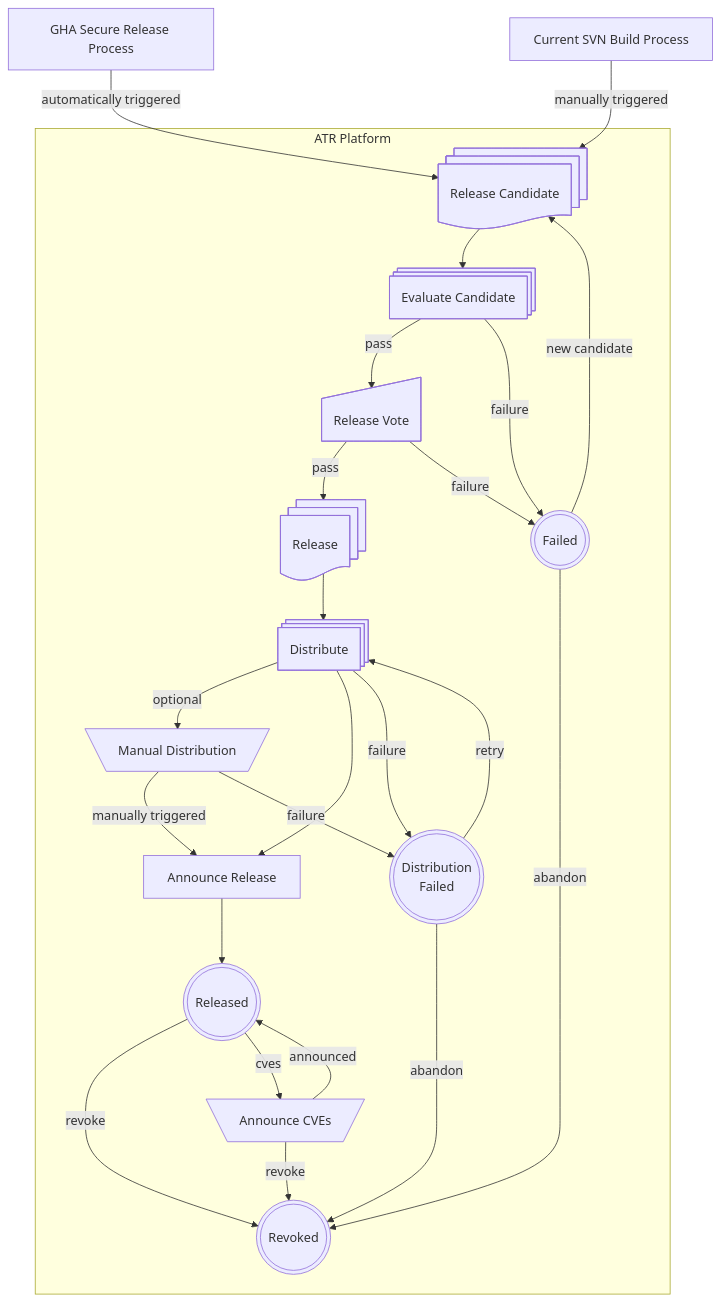
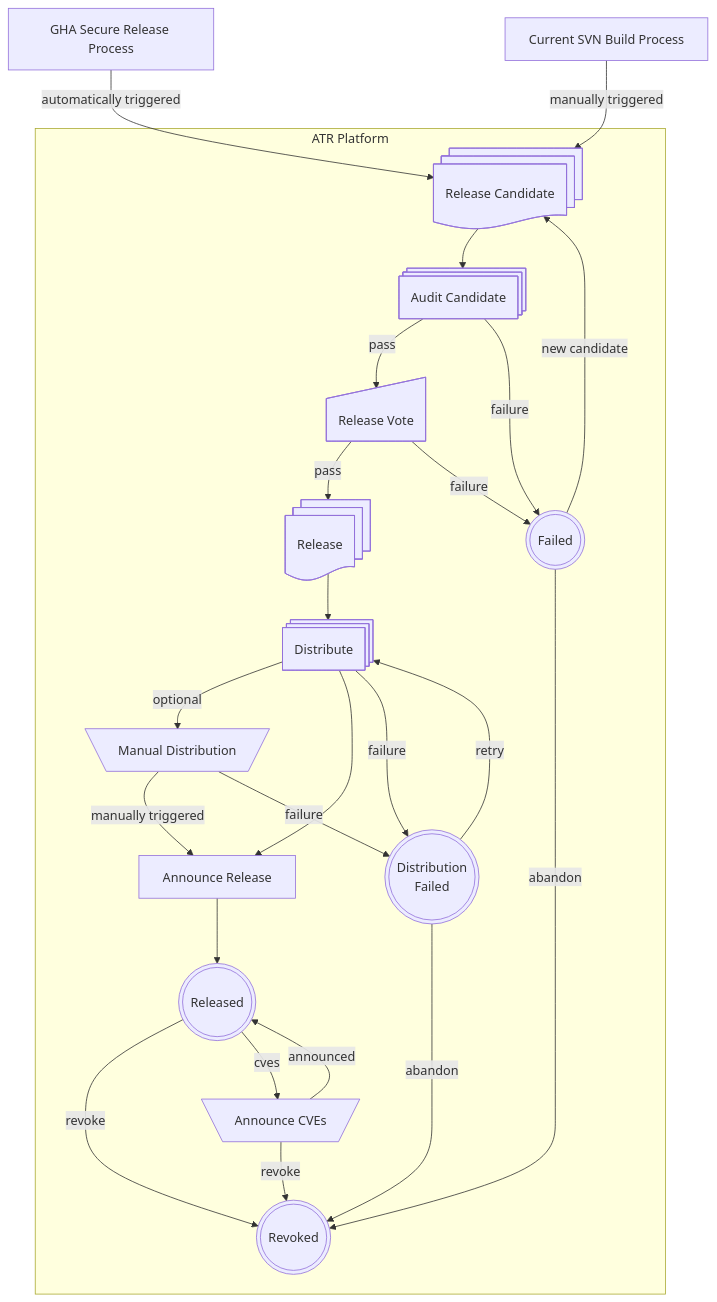
Before and after one commit to jbampton/tooling-docs: the diagram in apache-trusted-release/lifecycle.md, drawn with Mermaid.

Commit message:
Modify decscriptions

````diff
--- a/apache-trusted-release/lifecycle.md
+++ b/apache-trusted-release/lifecycle.md
@@ -3,41 +3,41 @@
 ```mermaid
 flowchart TD
     A[GHA Secure Release Process]
     B[Current SVN Build Process]
     C@{ shape: docs, label: "Release Candidate" }
     A -->|automatically triggered| C
     B -->|manually triggered| C
     subgraph ATR Platform
-    D@{ shape: processes, label: "Evaluate Candidate" }
+    D@{ shape: processes, label: "Audit Candidate" }
     C --> D
     E@{ shape: sl-rect, label: "Release Vote" }
     F@{ shape: dbl-circ, label: "Failed" }
     FF@{ shape: dbl-circ, label: "Distribution\nFailed" }
     D -->|pass| E
     D -->|failure| F
     F -->|new candidate| C
     F -->|abandon| K
     FF -->|retry| G
     FF -->|abandon| K
     G@{ shape: processes, label: "Distribute" }
     E -->|pass| JJ
     E -->|failure| F
     H@{ shape: trap-t, label: "Manual Distribution" }
     G -->|optional| H
     I[Announce Release]
     G --> I
     G -->|failure| FF
     H -->|manually triggered| I
     H -->|failure| FF
     J@{ shape: dbl-circ, label: "Released" }
     JJ@{ shape: docs, label: "Release" }
     JJ --> G
     I --> J
     K@{ shape: dbl-circ, label: "Revoked" }
     L@{ shape: trap-t, label: "Announce CVEs" }
     J -->|revoke| K
     J -->|cves| L
     L -->|announced| J
     L -->|revoke| K
     end
 ```
````
